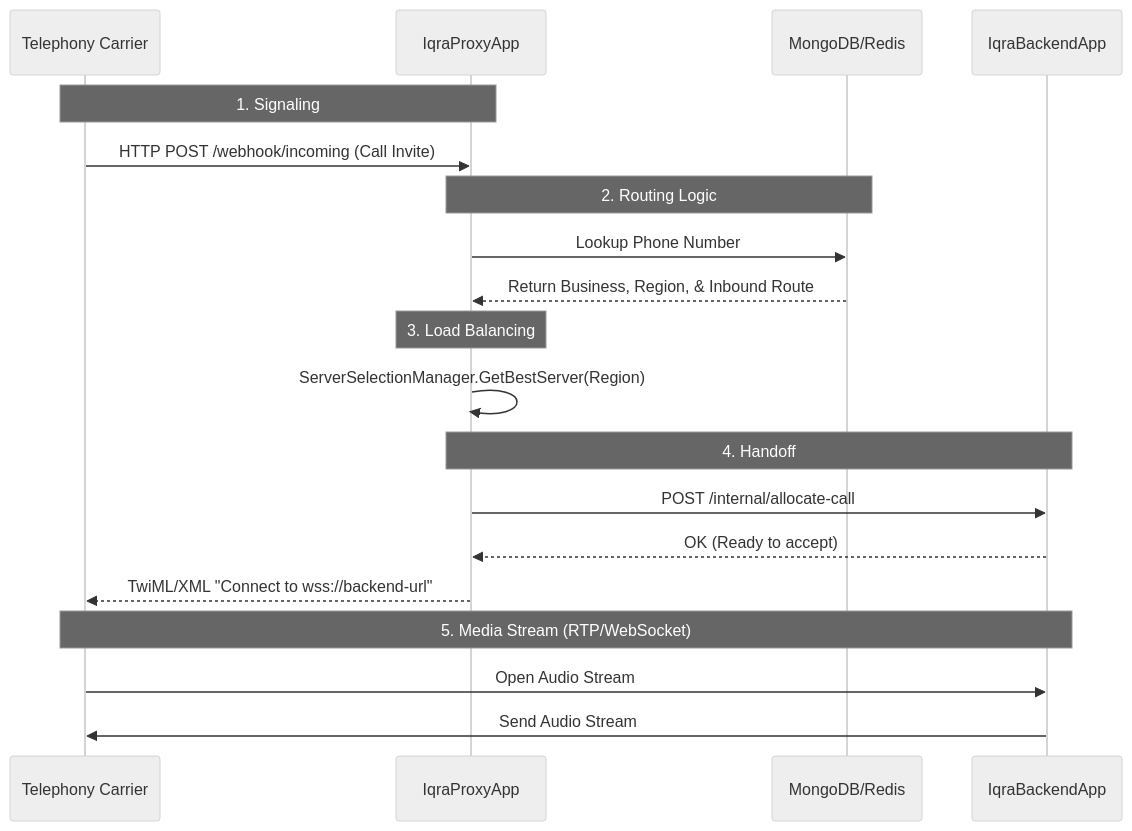
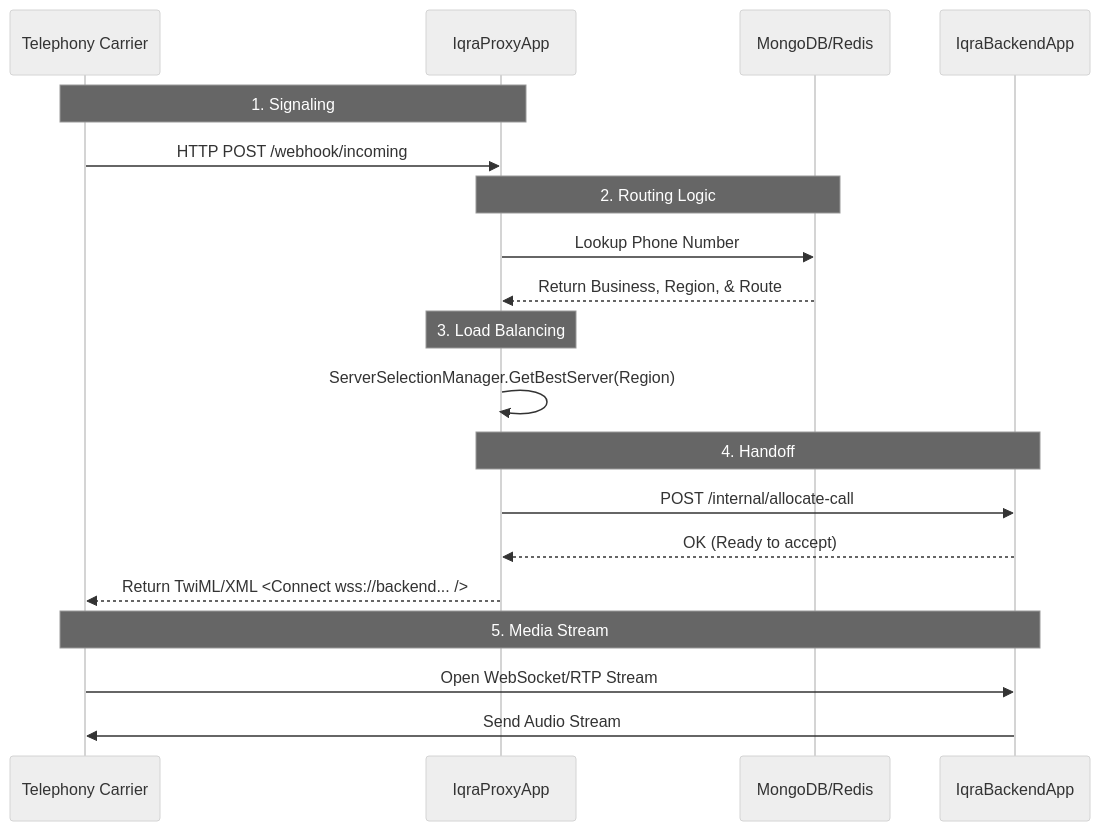
The first of 3 diagrams in content/docs/developers/architecture/data-flow.mdx (abdofallah/IqraAI-Docs), drawn with Mermaid (neutral theme) before and after one commit. The commit also changed other lines of this file and 26 other files, not shown here.

````diff
--- a/content/docs/developers/architecture/data-flow.mdx
+++ b/content/docs/developers/architecture/data-flow.mdx
@@ -15,26 +16,26 @@
 ```mermaid
 sequenceDiagram
     participant Carrier as Telephony Carrier
     participant Proxy as IqraProxyApp
     participant DB as MongoDB/Redis
     participant Backend as IqraBackendApp
 
     Note over Carrier, Proxy: 1. Signaling
-    Carrier->>Proxy: HTTP POST /webhook/incoming (Call Invite)
+    Carrier->>Proxy: HTTP POST /webhook/incoming
     
     Note over Proxy, DB: 2. Routing Logic
     Proxy->>DB: Lookup Phone Number
-    DB-->>Proxy: Return Business, Region, & Inbound Route
+    DB-->>Proxy: Return Business, Region, & Route
     
     Note over Proxy: 3. Load Balancing
     Proxy->>Proxy: ServerSelectionManager.GetBestServer(Region)
     
     Note over Proxy, Backend: 4. Handoff
     Proxy->>Backend: POST /internal/allocate-call
     Backend-->>Proxy: OK (Ready to accept)
-    Proxy-->>Carrier: TwiML/XML "Connect to wss://backend-url"
+    Proxy-->>Carrier: Return TwiML/XML <Connect wss://backend... />
     
-    Note over Carrier, Backend: 5. Media Stream (RTP/WebSocket)
-    Carrier->>Backend: Open Audio Stream
+    Note over Carrier, Backend: 5. Media Stream
+    Carrier->>Backend: Open WebSocket/RTP Stream
     Backend->>Carrier: Send Audio Stream
 ```
````
